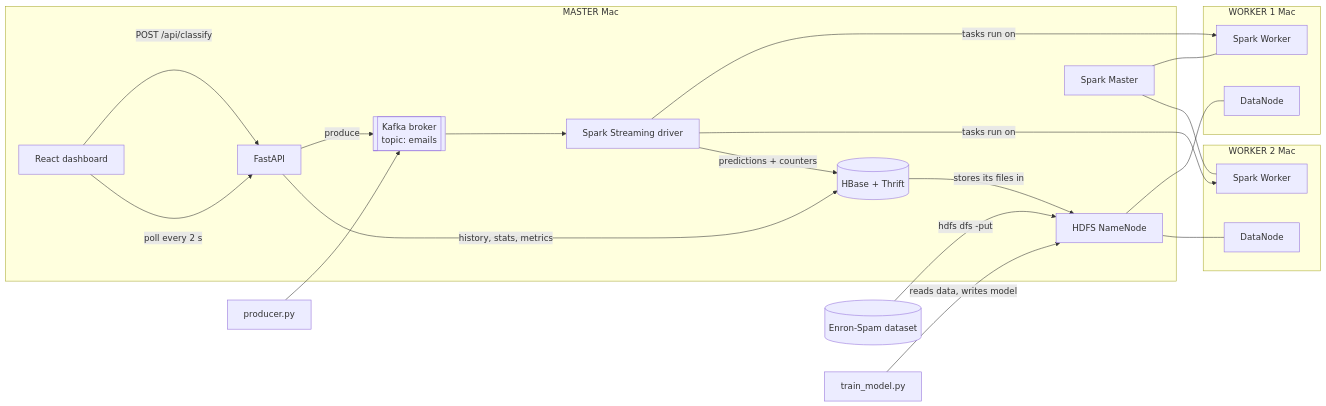
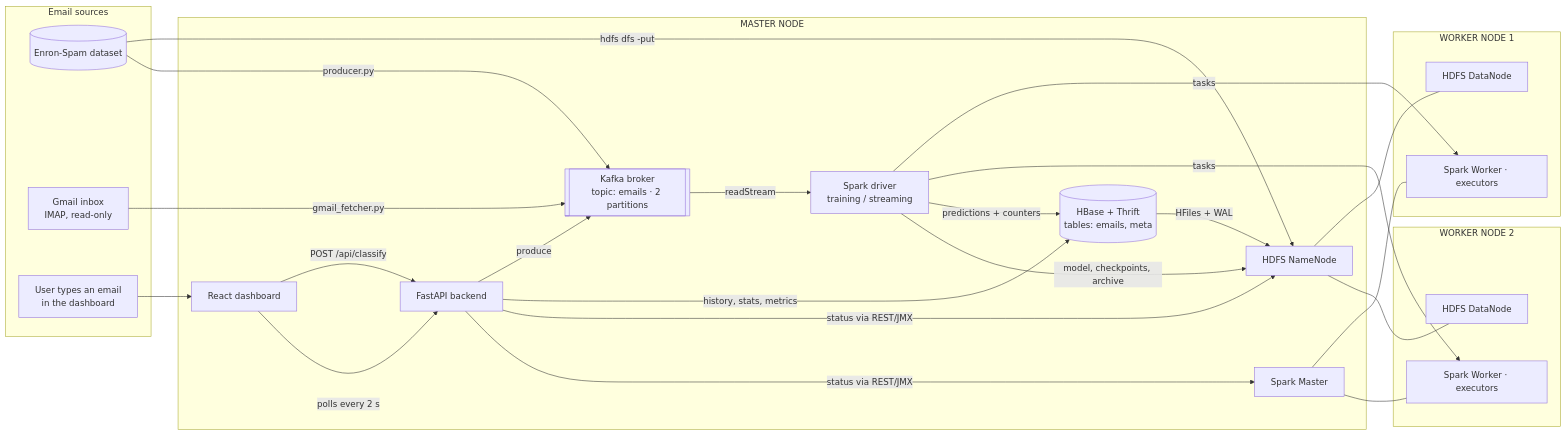
The first of 2 diagrams in README.md (Akansha1818/Email-Spam-Filtering), drawn with Mermaid before and after one commit. The commit also changed other lines of this file and 3 other files, not shown here.

````diff
--- a/README.md
+++ b/README.md
@@ -20,31 +142,40 @@
 ```mermaid
 flowchart LR
-  subgraph M[MASTER Mac]
+  subgraph SRC[Email sources]
+    DS[(Enron-Spam dataset)]
+    GM[Gmail inbox<br/>IMAP, read-only]
+    USR[User types an email<br/>in the dashboard]
+  end
+  subgraph M[MASTER NODE]
     NN[HDFS NameNode]
     SM[Spark Master]
-    K[[Kafka broker<br/>topic: emails]]
-    HB[(HBase + Thrift)]
-    DRV[Spark Streaming driver]
-    API[FastAPI]
+    K[[Kafka broker<br/>topic: emails · 2 partitions]]
+    HB[(HBase + Thrift<br/>tables: emails, meta)]
+    DRV[Spark driver<br/>training / streaming]
+    API[FastAPI backend]
     UI[React dashboard]
   end
-  subgraph W1[WORKER 1 Mac]
-    DN1[DataNode]
-    SW1[Spark Worker]
+  subgraph W1[WORKER NODE 1]
+    DN1[HDFS DataNode]
+    SW1[Spark Worker · executors]
   end
-  subgraph W2[WORKER 2 Mac]
-    DN2[DataNode]
-    SW2[Spark Worker]
+  subgraph W2[WORKER NODE 2]
+    DN2[HDFS DataNode]
+    SW2[Spark Worker · executors]
   end
-  CSV[(Enron-Spam dataset)] -->|hdfs dfs -put| NN
+
+  DS -->|hdfs dfs -put| NN
   NN --- DN1 & DN2
   SM --- SW1 & SW2
-  TRAIN[train_model.py] -->|reads data, writes model| NN
-  PROD[producer.py] --> K
-  UI -->|POST /api/classify| API -->|produce| K
-  K --> DRV -->|tasks run on| SW1 & SW2
+  DS -->|producer.py| K
+  GM -->|gmail_fetcher.py| K
+  USR --> UI -->|POST /api/classify| API -->|produce| K
+  K -->|readStream| DRV
+  DRV -->|tasks| SW1 & SW2
   DRV -->|predictions + counters| HB
-  HB -->|stores its files in| NN
+  DRV -->|model, checkpoints, archive| NN
+  HB -->|HFiles + WAL| NN
   API -->|history, stats, metrics| HB
-  UI -->|poll every 2 s| API
+  API -->|status via REST/JMX| NN & SM
+  UI -->|polls every 2 s| API
 ```
````
